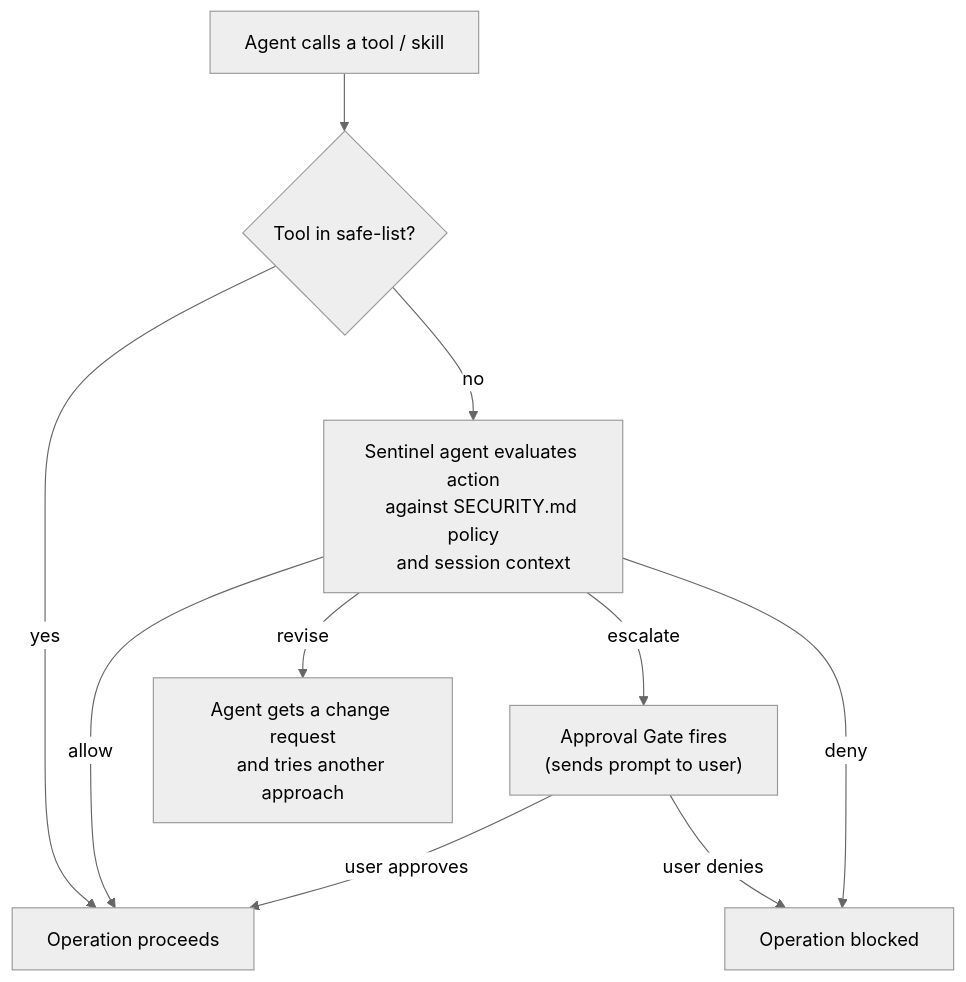
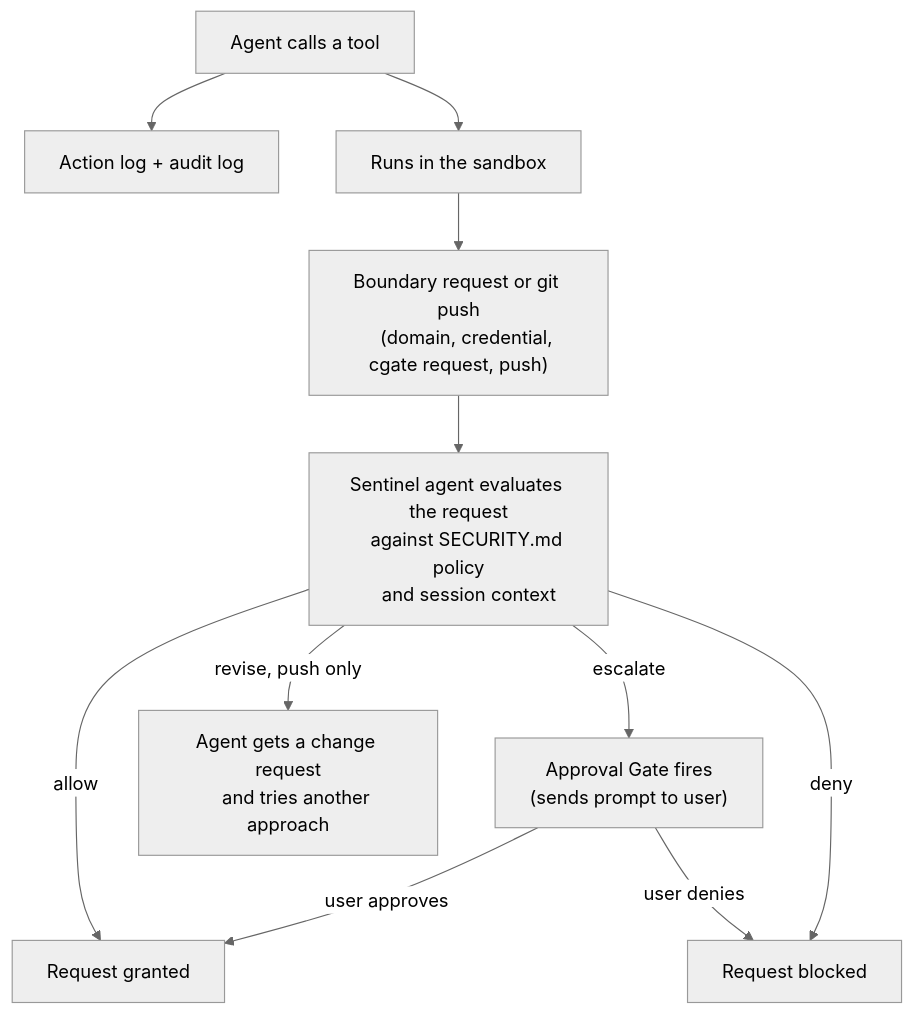
The diagram in docs/security.md (thiesgerken/carapace), drawn with Mermaid (neutral theme) before and after one commit. The commit also changed other lines of this file and 41 other files, not shown here.

First line of the commit message:
🔥 remove: drop the unreachable tool-level sentinel gate

````diff
--- a/docs/security.md
+++ b/docs/security.md
@@ -18,24 +16,28 @@
 ```mermaid
 flowchart TD
-    ToolCall[Agent calls a tool / skill]
-    SafeList{Tool in safe-list?}
-    Sentinel["Sentinel agent evaluates action
+    Agent[Agent calls a tool]
+    Log[Action log + audit log]
+    Sandbox[Runs in the sandbox]
+    Request["Boundary request or git push
+    (domain, credential, cgate request, push)"]
+    Sentinel["Sentinel agent evaluates the request
     against SECURITY.md policy
     and session context"]
-    Proceed[Operation proceeds]
+    Proceed[Request granted]
     Revise["Agent gets a change request
     and tries another approach"]
     Gate["Approval Gate fires
     (sends prompt to user)"]
-    Blocked[Operation blocked]
+    Blocked[Request blocked]
 
-    ToolCall --> SafeList
-    SafeList -->|yes| Proceed
-    SafeList -->|no| Sentinel
+    Agent --> Log
+    Agent --> Sandbox
+    Sandbox --> Request
+    Request --> Sentinel
     Sentinel -->|allow| Proceed
-    Sentinel -->|revise| Revise
+    Sentinel -->|revise, push only| Revise
     Sentinel -->|escalate| Gate
     Sentinel -->|deny| Blocked
     Gate -->|user approves| Proceed
     Gate -->|user denies| Blocked
 ```
````
